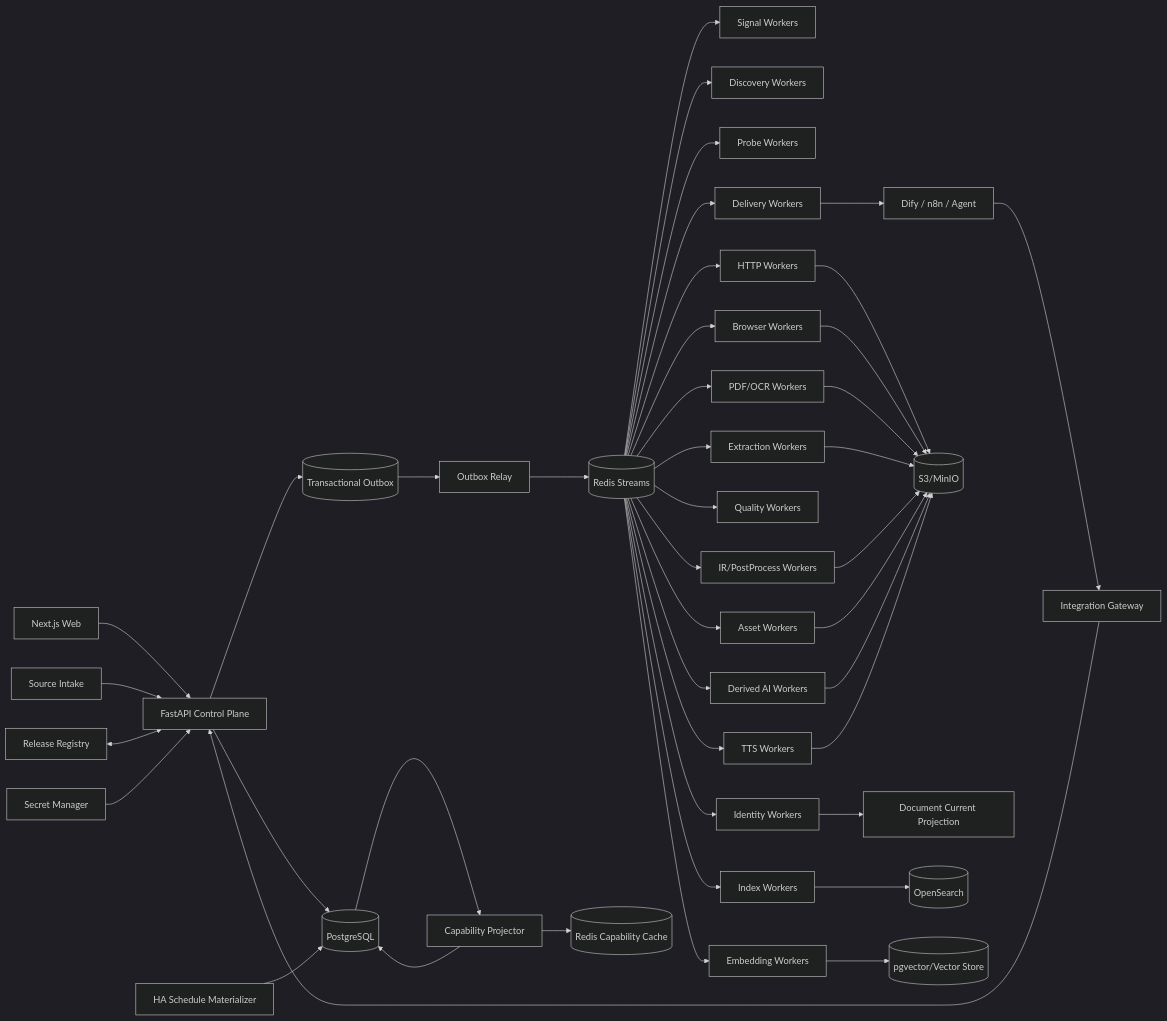
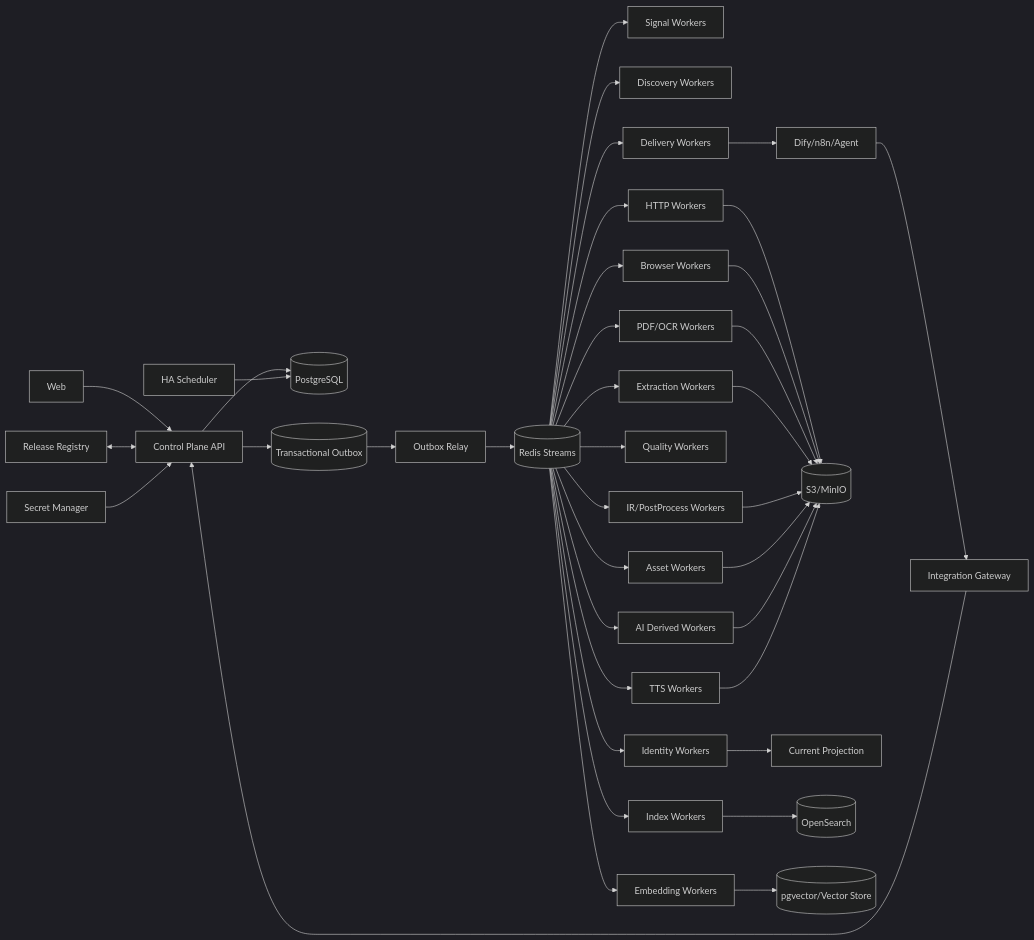
Before and after one commit to WorkerXu/my-doc: the diagram in 博客知识库技术方案.md, drawn with Mermaid (dark theme). The commit also changed other lines of this file, not shown here.

````diff
--- a/博客知识库技术方案.md
+++ b/博客知识库技术方案.md
@@ -138,50 +90,44 @@
 ```mermaid
 flowchart LR
-    UI[Next.js Web] --> API[FastAPI Control Plane]
-    SI[Source Intake] --> API
-    EXT[Dify / n8n / Agent] --> GW[Integration Gateway]
+    UI[Web] --> API[Control Plane API]
+    EXT[Dify/n8n/Agent] --> GW[Integration Gateway]
     GW --> API
     API --> PG[(PostgreSQL)]
     API --> OUT[(Transactional Outbox)]
-    SCH[HA Schedule Materializer] --> PG
+    SCH[HA Scheduler] --> PG
     REG[Release Registry] <--> API
     SEC[Secret Manager] --> API
 
     OUT --> RELAY[Outbox Relay]
     RELAY --> Q[(Redis Streams)]
 
     Q --> SG[Signal Workers]
     Q --> DW[Discovery Workers]
-    Q --> PW[Probe Workers]
     Q --> HF[HTTP Workers]
     Q --> BW[Browser Workers]
     Q --> PDF[PDF/OCR Workers]
     Q --> EX[Extraction Workers]
     Q --> PP[IR/PostProcess Workers]
     Q --> QV[Quality Workers]
     Q --> ID[Identity Workers]
     Q --> AW[Asset Workers]
     Q --> IX[Index Workers]
     Q --> EW[Embedding Workers]
-    Q --> AI[Derived AI Workers]
+    Q --> AI[AI Derived Workers]
     Q --> TT[TTS Workers]
     Q --> DL[Delivery Workers]
-
-    CAP[Capability Projector] --> PG
-    PG --> CAP
-    CAP --> RC[(Redis Capability Cache)]
 
     HF --> OBJ[(S3/MinIO)]
     BW --> OBJ
     PDF --> OBJ
     EX --> OBJ
     PP --> OBJ
     AW --> OBJ
     AI --> OBJ
     TT --> OBJ
-    DL --> EXT
 
-    ID --> CUR[Document Current Projection]
+    ID --> CUR[Current Projection]
     IX --> SEARCH[(OpenSearch)]
     EW --> VEC[(pgvector/Vector Store)]
+    DL --> EXT
 ```
````
